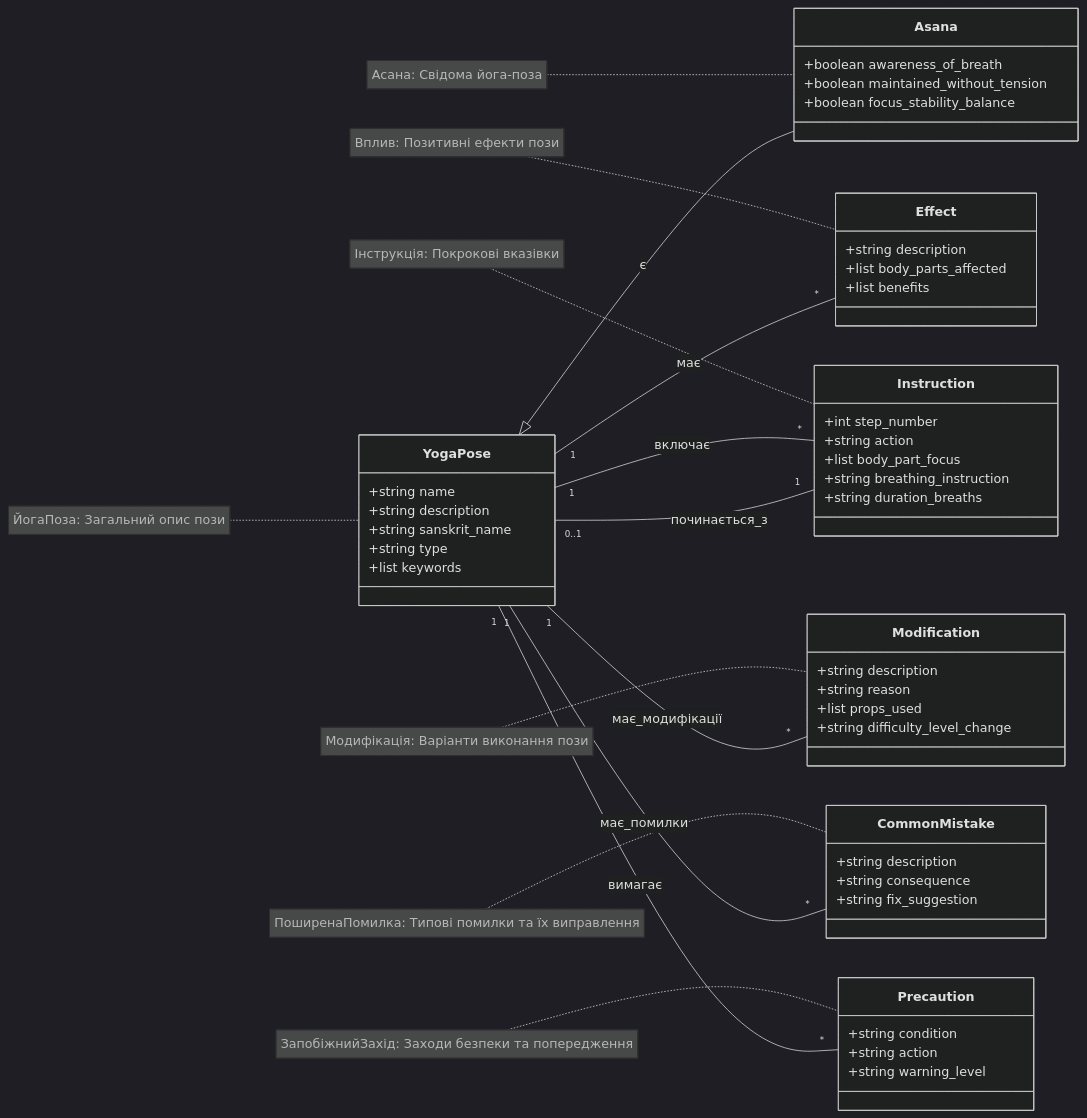
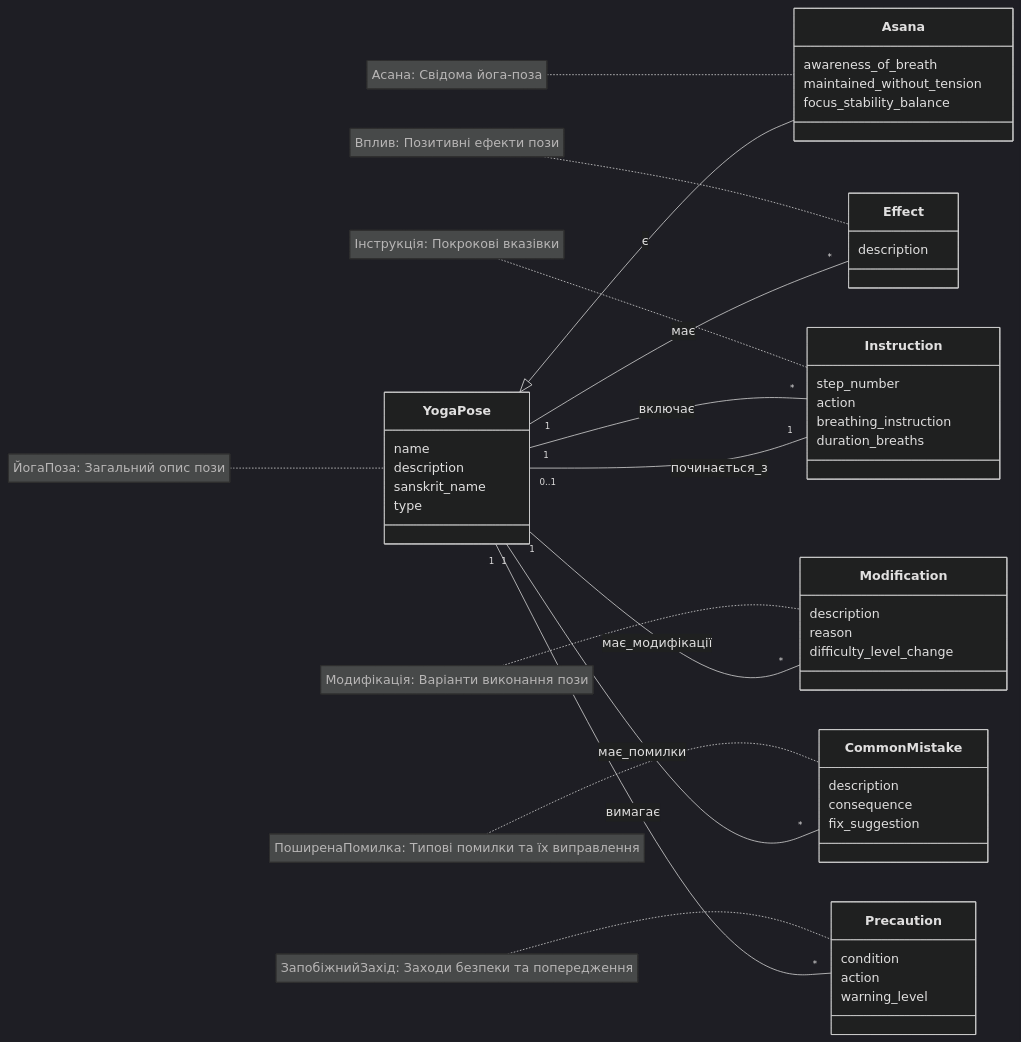
Before and after one commit to oleksandrblazhko/VirtYoga: the diagram in Software/Docs/UML.md, drawn with Mermaid (dark theme). The commit also changed 1 other file, not shown here.

````diff
--- a/Software/Docs/UML.md
+++ b/Software/Docs/UML.md
@@ -3,67 +3,62 @@
 ```mermaid
 classDiagram
     direction LR
     class YogaPose {
-        +string name
-        +string description
-        +string sanskrit_name
-        +string type
-        +list<string> keywords
+        name
+        description
+        sanskrit_name
+        type
     }
     note for YogaPose "ЙогаПоза: Загальний опис пози"
 
     class Asana {
-        +boolean awareness_of_breath
-        +boolean maintained_without_tension
-        +boolean focus_stability_balance
+        awareness_of_breath
+        maintained_without_tension
+        focus_stability_balance
     }
     note for Asana "Асана: Свідома йога-поза"
 
     class Effect {
-        +string description
-        +list<string> body_parts_affected
-        +list<string> benefits
+        description
     }
     note for Effect "Вплив: Позитивні ефекти пози"
 
     class Instruction {
-        +int step_number
-        +string action
-        +list<string> body_part_focus
-        +string breathing_instruction
-        +string duration_breaths
+        step_number
+        action
+        breathing_instruction
+        duration_breaths
     }
     note for Instruction "Інструкція: Покрокові вказівки"
 
     class Modification {
-        +string description
-        +string reason
-        +list<string> props_used
-        +string difficulty_level_change
+        description
+        reason
+        difficulty_level_change
     }
     note for Modification "Модифікація: Варіанти виконання пози"
 
     class CommonMistake {
-        +string description
-        +string consequence
-        +string fix_suggestion
+        description
+        consequence
+        fix_suggestion
     }
     note for CommonMistake "ПоширенаПомилка: Типові помилки та їх виправлення"
 
     class Precaution {
-        +string condition
-        +string action
-        +string warning_level
+        condition
+        action
+        warning_level
     }
     note for Precaution "ЗапобіжнийЗахід: Заходи безпеки та попередження"
 
     YogaPose <|-- Asana : є
 
     YogaPose "1" -- "*" Effect : має
     YogaPose "1" -- "*" Instruction : включає
     YogaPose "1" -- "*" Modification : має_модифікації
     YogaPose "1" -- "*" CommonMistake : має_помилки
     YogaPose "1" -- "*" Precaution : вимагає
 
     Instruction "1" -- "0..1" YogaPose : починається_з
 ```
````
